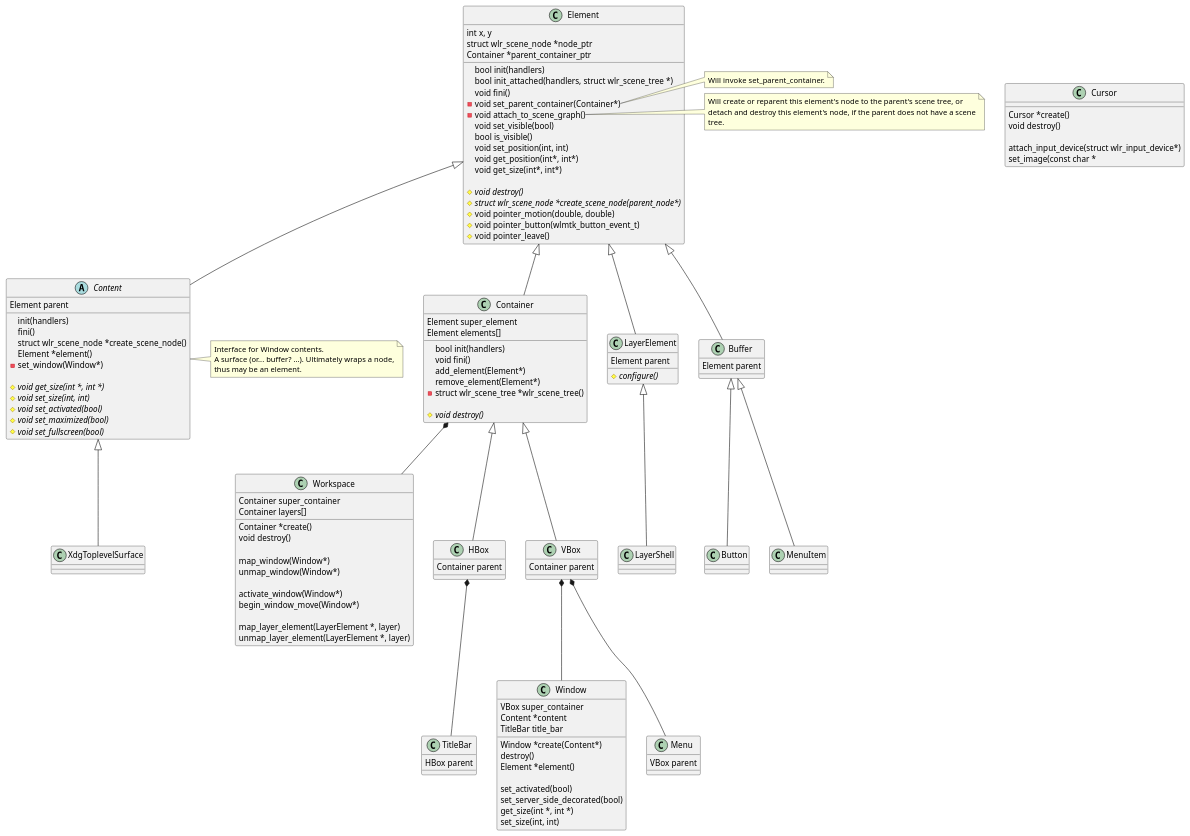
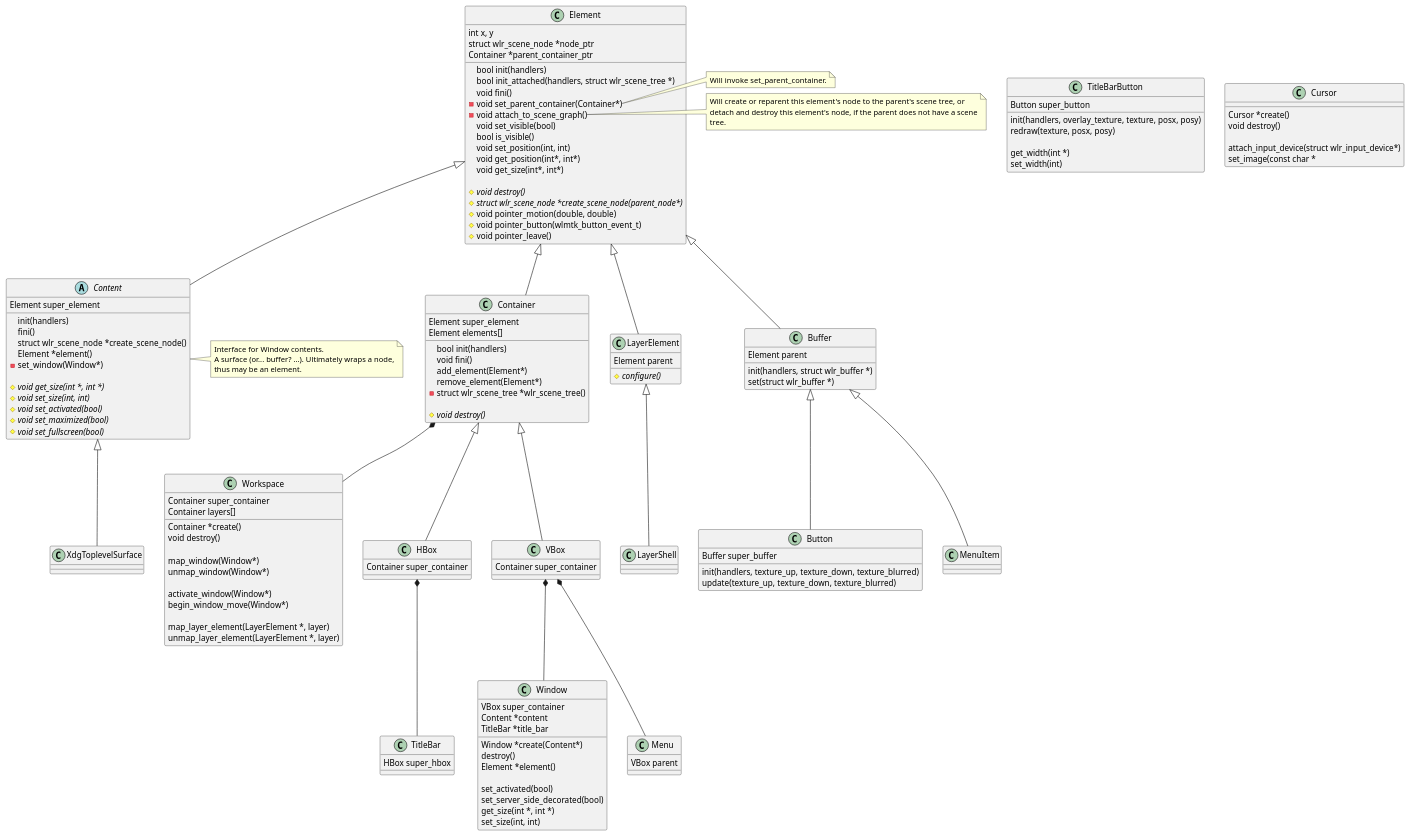
Before and after one commit to phkaeser/wlmaker: the first of 2 diagrams in src/toolkit/toolkit.md, drawn with PlantUML. The commit also changed 4 other files, not shown here.

Commit message:
Adds wlmtk_buffer_t as class for showing a WLR buffer as a toolkit element.

```diff
--- a/src/toolkit/toolkit.md
+++ b/src/toolkit/toolkit.md
@@ -92,17 +92,17 @@
 Container *-- Workspace
 
 class HBox {
-  Container parent
+  Container super_container
 }
 Container <|-- HBox
 
 class VBox {
-  Container parent
+  Container super_container
 }
 Container <|-- VBox
 
 abstract class Content {
-  Element parent
+  Element super_element
 
   init(handlers)
   fini()
@@ -140,18 +140,24 @@
 
 class Buffer {
   Element parent
+
+  init(handlers, struct wlr_buffer *)
+  set(struct wlr_buffer *)
 }
 Element <|-- Buffer
 
 class Button {
+  Buffer super_buffer
 
+  init(handlers, texture_up, texture_down, texture_blurred)
+  update(texture_up, texture_down, texture_blurred)
 }
 Buffer <|-- Button
 
 class Window {
   VBox super_container
   Content *content
-  TitleBar title_bar
+  TitleBar *title_bar
 
   Window *create(Content*)
   destroy()
@@ -165,9 +171,19 @@
 VBox *-- Window
 
 class TitleBar {
-  HBox parent
+  HBox super_hbox
 }
 HBox *-- TitleBar
+
+class TitleBarButton {
+  Button super_button
+
+  init(handlers, overlay_texture, texture, posx, posy)
+  redraw(texture, posx, posy)
+
+  get_width(int *)
+  set_width(int)
+}
 
 class Menu {
   VBox parent
```
